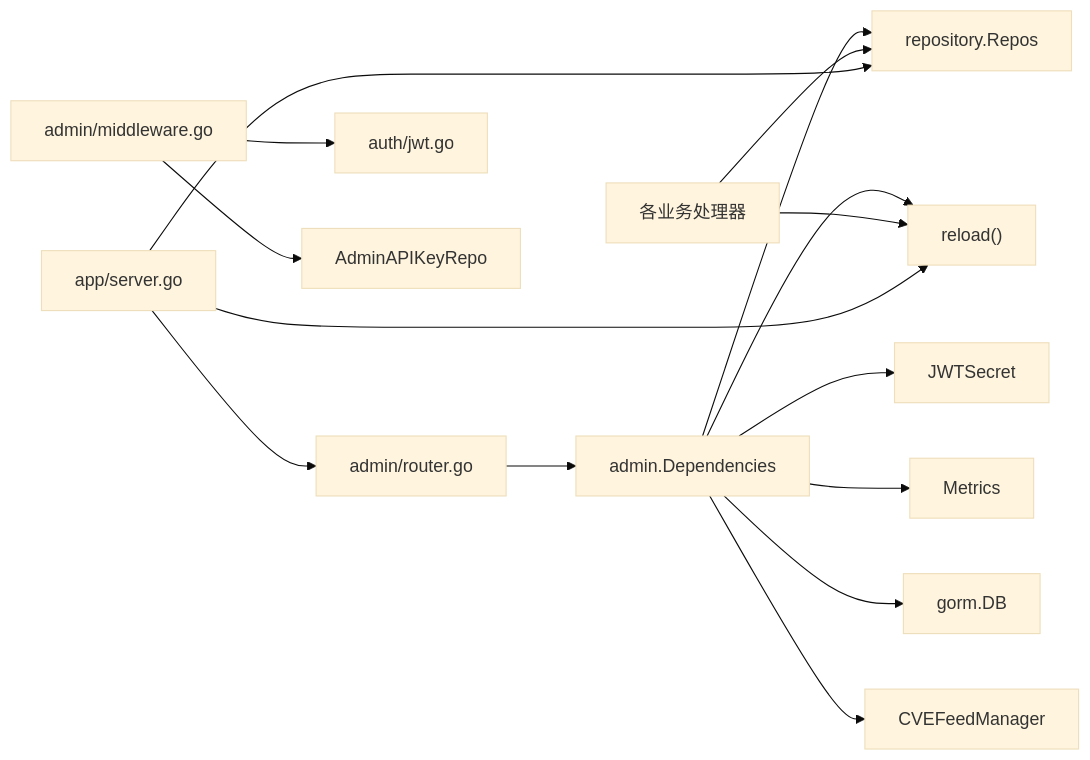
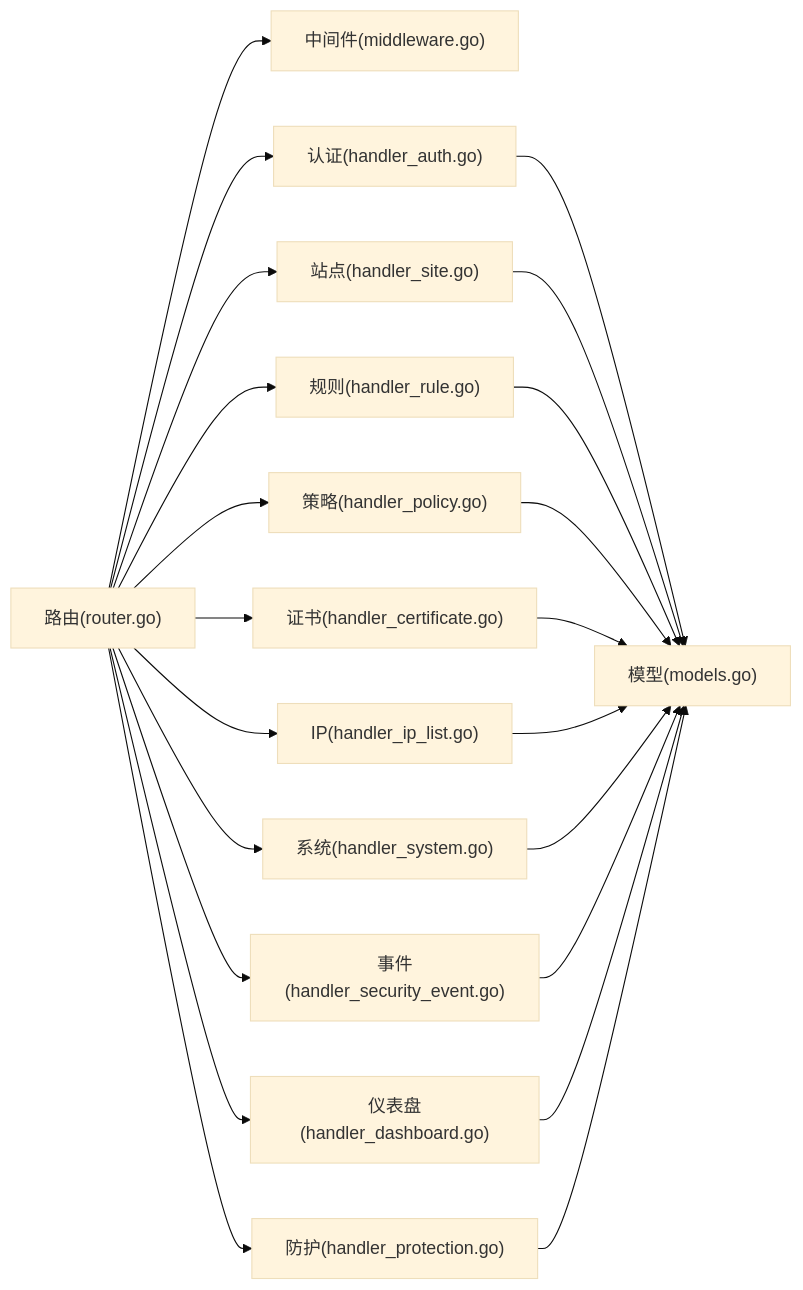
The third of 3 diagrams in docs/管理 API 系统/管理 API 系统.md (x01n/My-OpenWaf), drawn with Mermaid (base theme) before and after one commit. The commit also changed other lines of this file and 199 other files, not shown here.

````diff
--- a/docs/管理 API 系统/管理 API 系统.md
+++ b/docs/管理 API 系统/管理 API 系统.md
@@ -396,17 +671,24 @@
 ```mermaid
 graph LR
-Router["admin/router.go"] --> Deps["admin.Dependencies"]
-Deps --> Repos["repository.Repos"]
-Deps --> Reload["reload()"]
-Deps --> JWT["JWTSecret"]
-Deps --> Metrics["Metrics"]
-Deps --> DB["gorm.DB"]
-Deps --> CVEFeedMgr["CVEFeedManager"]
-Middleware["admin/middleware.go"] --> JWTTool["auth/jwt.go"]
-Middleware --> KeyRepo["AdminAPIKeyRepo"]
-Handlers["各业务处理器"] --> Repos
-Handlers --> Reload
-App["app/server.go"] --> Router
-App --> Repos
-App --> Reload
+R["路由(router.go)"] --> MW["中间件(middleware.go)"]
+R --> AUTH["认证(handler_auth.go)"]
+R --> SITE["站点(handler_site.go)"]
+R --> RULE["规则(handler_rule.go)"]
+R --> POLICY["策略(handler_policy.go)"]
+R --> CERT["证书(handler_certificate.go)"]
+R --> IPLIST["IP(handler_ip_list.go)"]
+R --> SYS["系统(handler_system.go)"]
+R --> EVT["事件(handler_security_event.go)"]
+R --> DASH["仪表盘(handler_dashboard.go)"]
+R --> PROT["防护(handler_protection.go)"]
+AUTH --> MODELS["模型(models.go)"]
+SITE --> MODELS
+RULE --> MODELS
+POLICY --> MODELS
+CERT --> MODELS
+IPLIST --> MODELS
+SYS --> MODELS
+EVT --> MODELS
+DASH --> MODELS
+PROT --> MODELS
 ```
````
